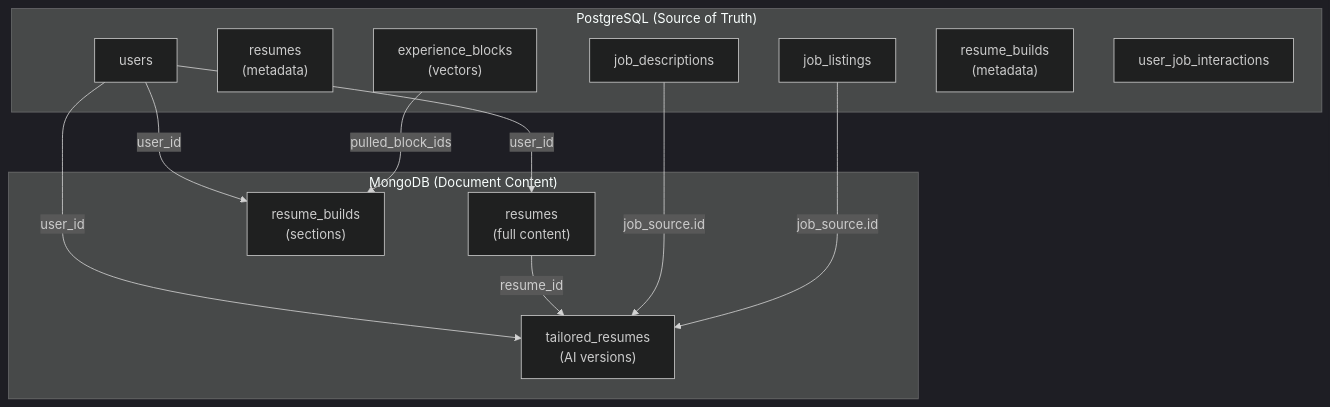
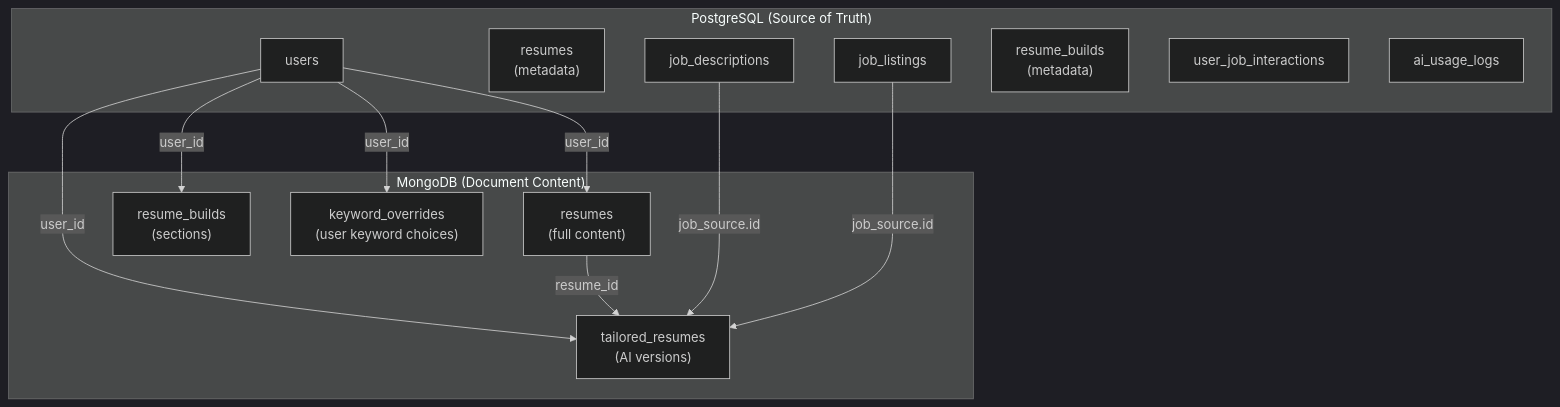
One commit to Sungchunn/AI-Resume-Tailor changed diagram 15 of 33 in docs/architecture/system-architecture.md. Above: the diagram before and after it, drawn with Mermaid (dark theme). The commit also changed other lines of this file, not shown here.

First line of the commit message:
docs: Refresh system-architecture to match current codebase

````diff
--- a/docs/architecture/system-architecture.md
+++ b/docs/architecture/system-architecture.md
@@ -1038,28 +1176,28 @@
 ```mermaid
 flowchart TB
     subgraph PostgreSQL["PostgreSQL (Source of Truth)"]
         PG_Users["users"]
         PG_Resumes["resumes<br/>(metadata)"]
         PG_Jobs["job_descriptions"]
         PG_Listings["job_listings"]
-        PG_Blocks["experience_blocks<br/>(vectors)"]
         PG_Builds["resume_builds<br/>(metadata)"]
         PG_Interactions["user_job_interactions"]
+        PG_Usage["ai_usage_logs"]
     end
 
     subgraph MongoDB["MongoDB (Document Content)"]
         MG_Resumes["resumes<br/>(full content)"]
         MG_Tailored["tailored_resumes<br/>(AI versions)"]
         MG_Builds["resume_builds<br/>(sections)"]
+        MG_Kw["keyword_overrides<br/>(user keyword choices)"]
     end
 
     PG_Users --> |"user_id"| MG_Resumes
     PG_Users --> |"user_id"| MG_Tailored
     PG_Users --> |"user_id"| MG_Builds
+    PG_Users --> |"user_id"| MG_Kw
 
     MG_Resumes --> |"resume_id"| MG_Tailored
     PG_Jobs --> |"job_source.id"| MG_Tailored
     PG_Listings --> |"job_source.id"| MG_Tailored
-
-    PG_Blocks --> |"pulled_block_ids"| MG_Builds
 ```
````
